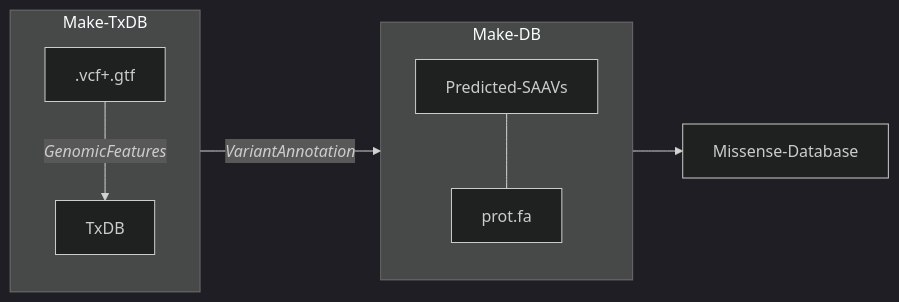
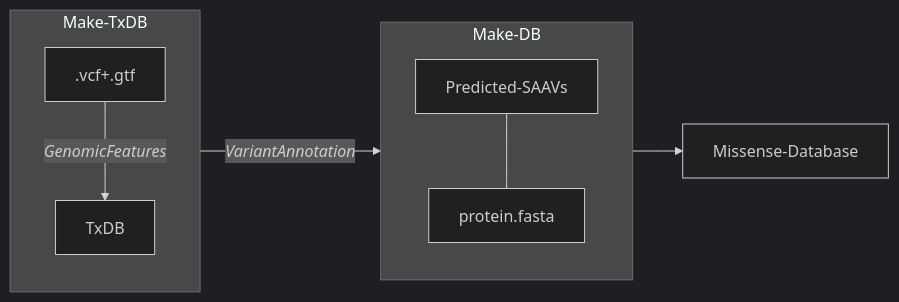
Before and after one commit to hdesai17/chemoproteogenomics: the diagram in README.md, drawn with Mermaid (dark theme).

````diff
--- a/README.md
+++ b/README.md
@@ -21,15 +21,15 @@
 ```mermaid
 
 flowchart LR;
    subgraph Make-TxDB
       direction TB
       .vcf+.gtf-->|<i>GenomicFeatures<i>|TxDB
    end
    
    subgraph Make-DB
       direction TB
-      Predicted-SAAVs---prot.fa
+      Predicted-SAAVs---protein.fasta
    end
    Make-TxDB-->|<i>VariantAnnotation<i>|Make-DB
    Make-DB-->Missense-Database;
 ```
````
